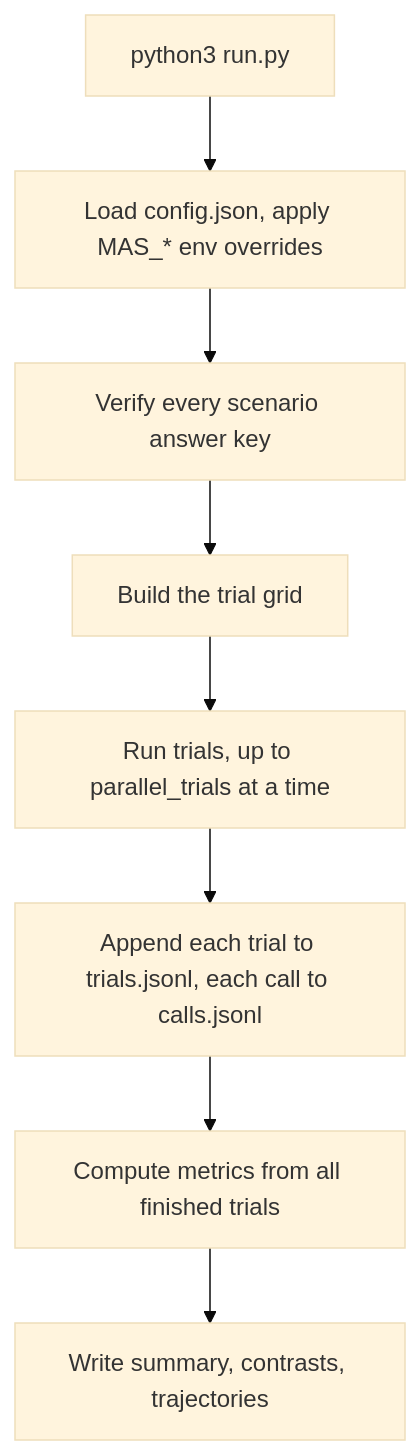
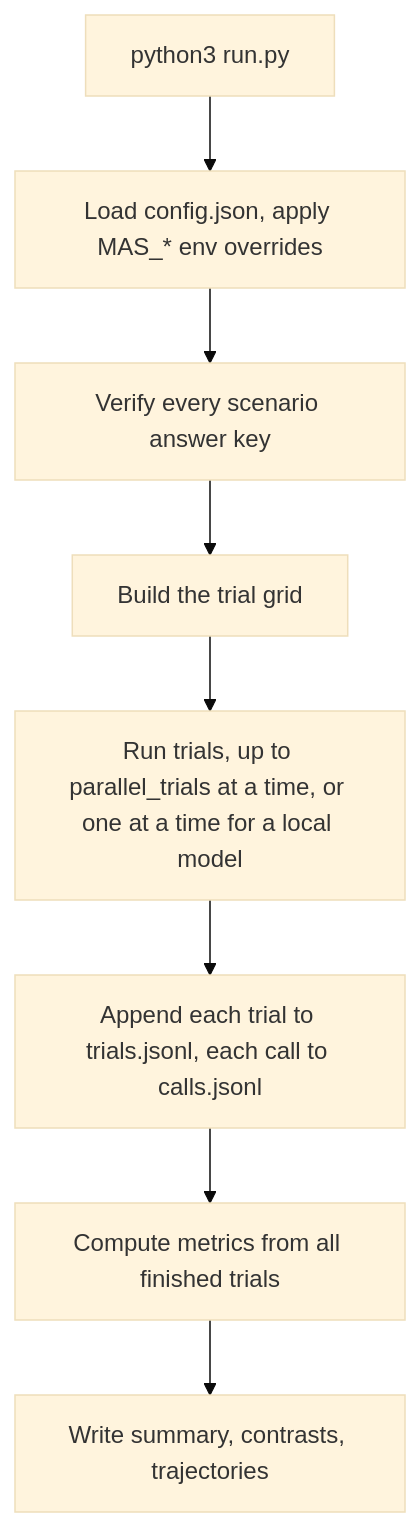
Before and after one commit to abhilekhborah/mas-belief-simulation: the diagram in README.md, drawn with Mermaid (base theme). The commit also changed other lines of this file and 7 other files, not shown here.

````diff
--- a/README.md
+++ b/README.md
@@ -74,10 +130,10 @@
 ```mermaid
 flowchart TD
     A["python3 run.py"] --> B["Load config.json, apply MAS_* env overrides"]
     B --> C["Verify every scenario answer key"]
     C --> D["Build the trial grid"]
-    D --> E["Run trials, up to parallel_trials at a time"]
+    D --> E["Run trials, up to parallel_trials at a time, or one at a time for a local model"]
     E --> F["Append each trial to trials.jsonl, each call to calls.jsonl"]
     F --> G["Compute metrics from all finished trials"]
     G --> H["Write summary, contrasts, trajectories"]
 ```
````
